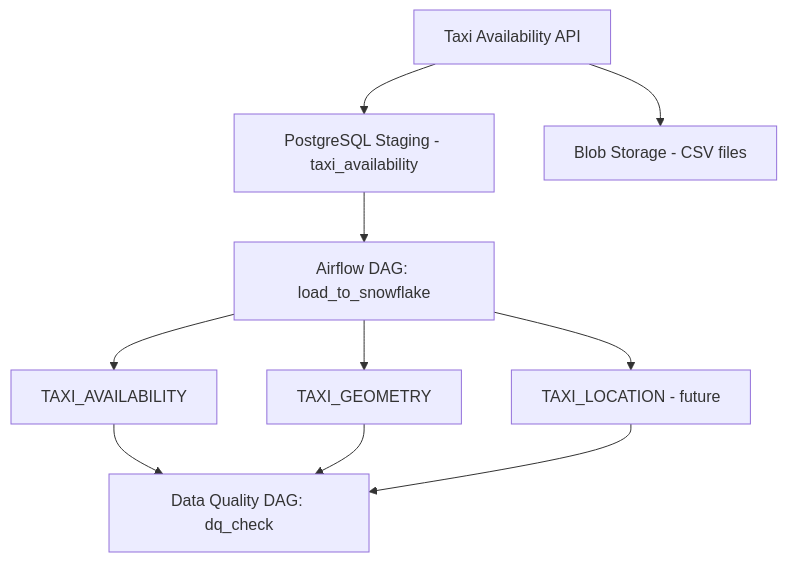
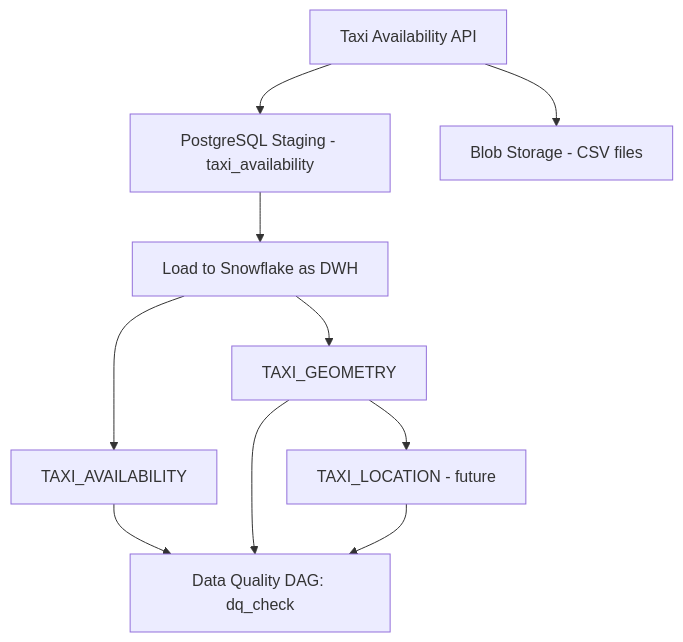
One commit to rramadhani015/taxi-availability changed the diagram in README.md. Above: the diagram before and after it, drawn with Mermaid.

````diff
--- a/README.md
+++ b/README.md
@@ -52,12 +52,12 @@
 ```mermaid
 graph TD
     A[Taxi Availability API] --> B[PostgreSQL Staging - taxi_availability]
     A[Taxi Availability API] --> C[Blob Storage - CSV files]
-    B --> D[Airflow DAG: load_to_snowflake]
+    B --> D[Load to Snowflake as DWH]
     D --> E[TAXI_AVAILABILITY]
     D --> F[TAXI_GEOMETRY]
-    D --> G[TAXI_LOCATION - future]
+    F --> G[TAXI_LOCATION - future]
     E --> H[Data Quality DAG: dq_check]
     F --> H
     G --> H
 ```
````
